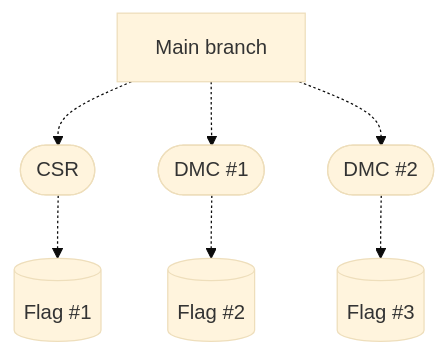
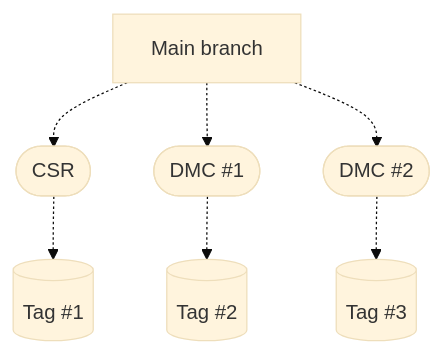
The fifth of 11 diagrams in white-paper/branching-strategies.qmd (phuse-org/git-in-statistical-programming), drawn with Mermaid (base theme) before and after one commit. The commit also changed other lines of this file, not shown here.

Commit message:
Update branching-strategies.qmd
flag replaced by tagging release.

````diff
--- a/white-paper/branching-strategies.qmd
+++ b/white-paper/branching-strategies.qmd
@@ -144,18 +144,18 @@
 ```{mermaid}
 %%| label: fig-dup-milestone-branch-structure
 %%| fig-cap: "Main branch duplicated per milestone structure"
 flowchart TB
     main["Main branch"]
     csr(["CSR"])
     dmc1(["DMC #1"])
     dmc2(["DMC #2"])
     main -.-> csr
     main -.-> dmc1
     main -.-> dmc2
-    flag_csr[("Flag #1")]
-    flag_dmc1[("Flag #2")]
-    flag_dmc2[("Flag #3")]
+    flag_csr[("Tag #1")]
+    flag_dmc1[("Tag #2")]
+    flag_dmc2[("Tag #3")]
     csr -.-> flag_csr
     dmc1 -.-> flag_dmc1
     dmc2 -.-> flag_dmc2
 ```
````
